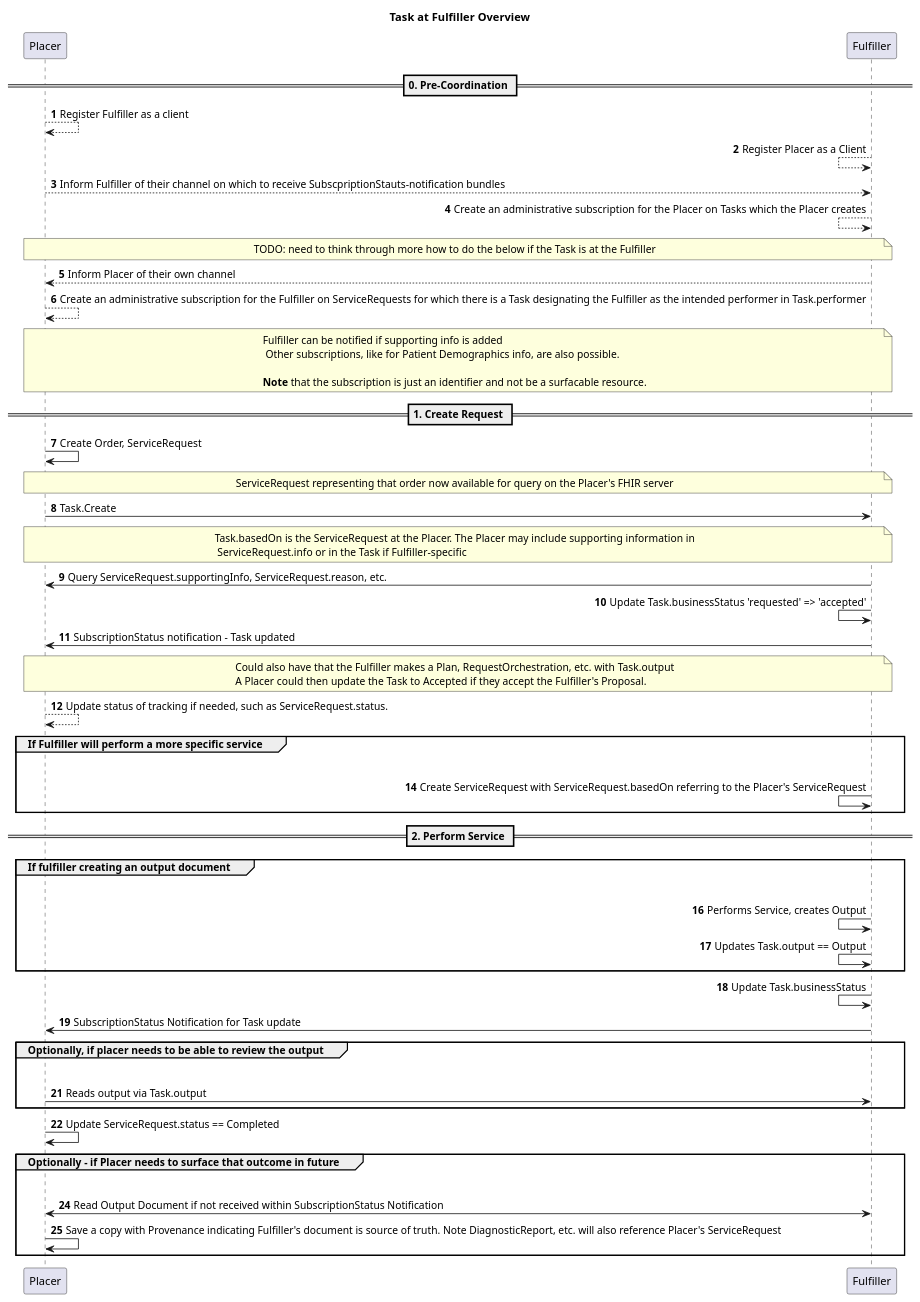
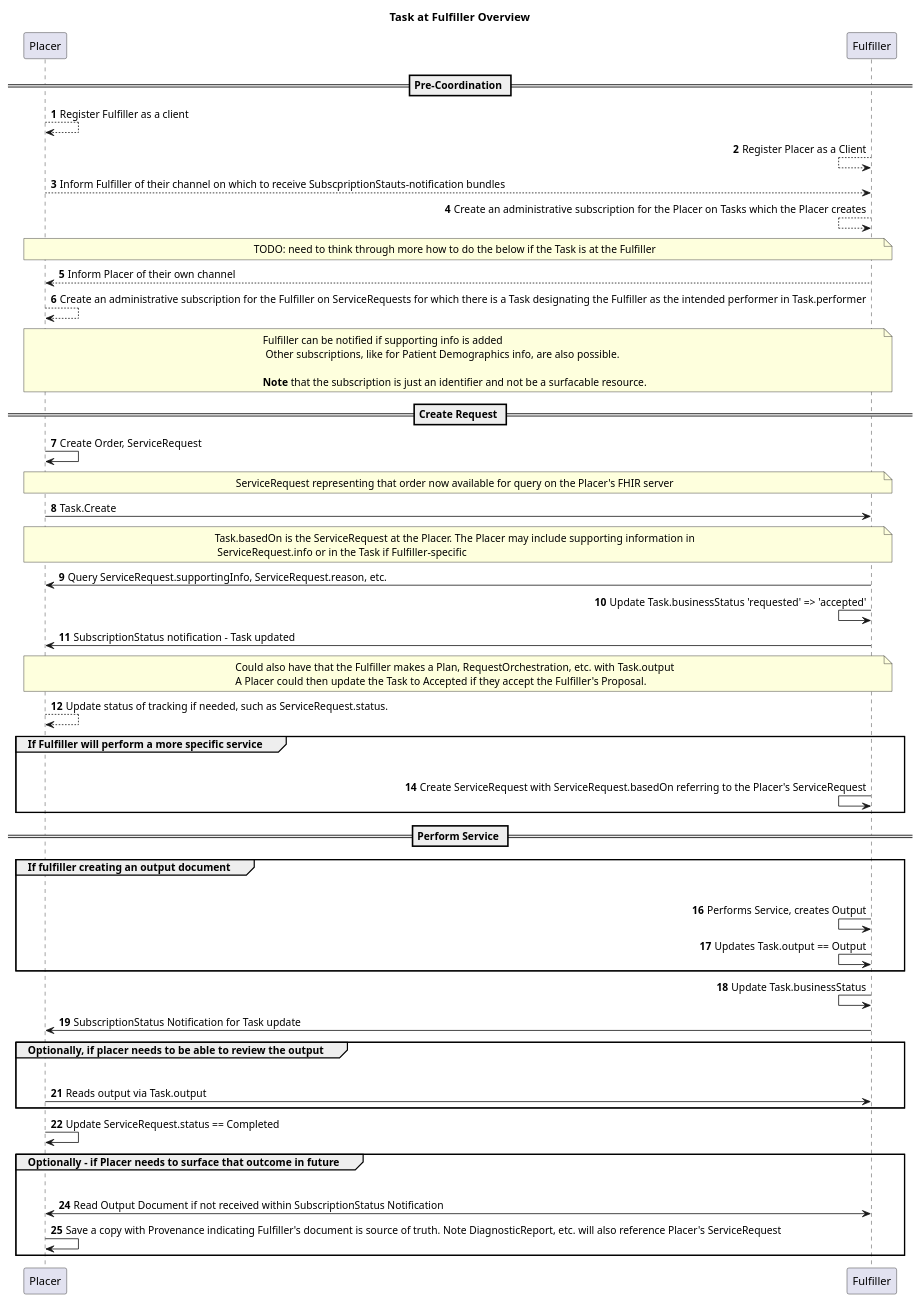
Before and after one commit to brianswinkels/fhir-cow-ig: the diagram in input/images-source/subscriptions-general-example-task-at-fulfiller.plantuml, drawn with PlantUML.

```diff
--- a/input/images-source/subscriptions-general-example-task-at-fulfiller.plantuml
+++ b/input/images-source/subscriptions-general-example-task-at-fulfiller.plantuml
@@ -1,73 +1,73 @@
 @startuml
 title Task at Fulfiller Overview
 
 autonumber
 
-== 0. Pre-Coordination ==
+== Pre-Coordination ==
 
 Placer --> Placer: Register Fulfiller as a client
 
 Fulfiller <-- Fulfiller: Register Placer as a Client
 
 Placer --> Fulfiller: Inform Fulfiller of their channel on which to receive SubscpriptionStauts-notification bundles
 
 Fulfiller <-- Fulfiller: Create an administrative subscription for the Placer on Tasks which the Placer creates 
 
 note over Placer, Fulfiller: TODO: need to think through more how to do the below if the Task is at the Fulfiller
 Fulfiller --> Placer: Inform Placer of their own channel
 
 Placer --> Placer: Create an administrative subscription for the Fulfiller on ServiceRequests for which there is a Task designating the Fulfiller as the intended performer in Task.performer
 
 note over Placer, Fulfiller: Fulfiller can be notified if supporting info is added\n Other subscriptions, like for Patient Demographics info, are also possible.\n\n**Note** that the subscription is just an identifier and not be a surfacable resource.
 
 
-== 1. Create Request ==
+== Create Request ==
 Placer -> Placer: Create Order, ServiceRequest
 
 note over Placer, Fulfiller: ServiceRequest representing that order now available for query on the Placer's FHIR server
 
 Placer -> Fulfiller: Task.Create
 
 note over Placer, Fulfiller: Task.basedOn is the ServiceRequest at the Placer. The Placer may include supporting information in\n ServiceRequest.info or in the Task if Fulfiller-specific
 
 Fulfiller -> Placer: Query ServiceRequest.supportingInfo, ServiceRequest.reason, etc.
 
 Fulfiller <- Fulfiller: Update Task.businessStatus 'requested' => 'accepted'
 
 Fulfiller -> Placer: SubscriptionStatus notification - Task updated
 
 note over Placer, Fulfiller: Could also have that the Fulfiller makes a Plan, RequestOrchestration, etc. with Task.output\nA Placer could then update the Task to Accepted if they accept the Fulfiller's Proposal.
 
 Placer --> Placer: Update status of tracking if needed, such as ServiceRequest.status. 
 
 group If Fulfiller will perform a more specific service
     Fulfiller -[hidden]> Placer:
     Fulfiller <- Fulfiller: Create ServiceRequest with ServiceRequest.basedOn referring to the Placer's ServiceRequest
 end
 
-== 2. Perform Service ==
+== Perform Service ==
 
 group If fulfiller creating an output document
     Fulfiller -[hidden]> Placer:
     Fulfiller <- Fulfiller: Performs Service, creates Output
     Fulfiller <- Fulfiller: Updates Task.output == Output
 end
 
 Fulfiller <- Fulfiller: Update Task.businessStatus
 
 Fulfiller -> Placer: SubscriptionStatus Notification for Task update
 
 group Optionally, if placer needs to be able to review the output
     Fulfiller -[hidden]> Placer:
     Placer -> Fulfiller: Reads output via Task.output
 end
 
 Placer -> Placer: Update ServiceRequest.status == Completed
 
 group Optionally - if Placer needs to surface that outcome in future
     Fulfiller -[hidden]> Placer:
     Placer <-> Fulfiller: Read Output Document if not received within SubscriptionStatus Notification
     Placer -> Placer: Save a copy with Provenance indicating Fulfiller's document is source of truth. Note DiagnosticReport, etc. will also reference Placer's ServiceRequest
    
 end
 @enduml
```
